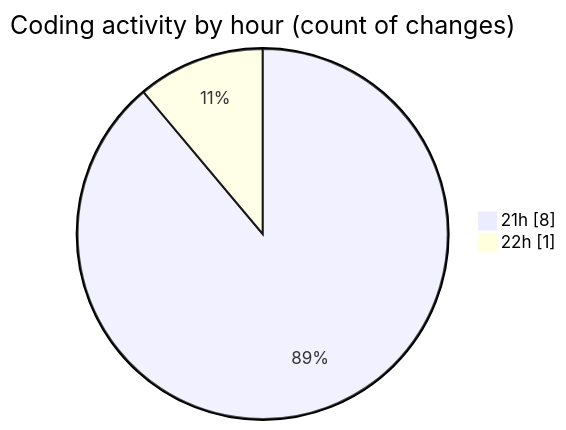
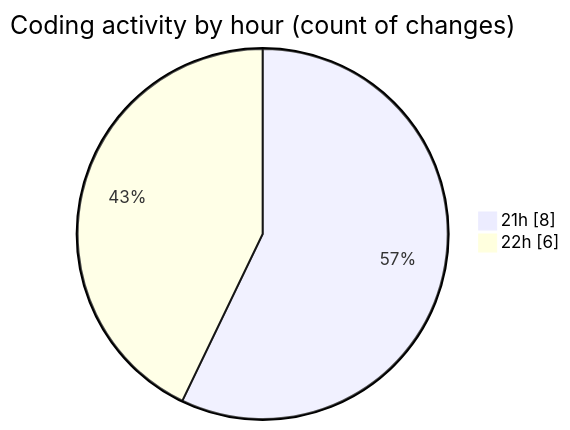
The second of 2 diagrams in 2025-08-18/reflect-mcp-bun/README.md (EIIisD/code-tracking), drawn with Mermaid before and after one commit. The commit also changed other lines of this file and 1 other file, not shown here.

````diff
--- a/2025-08-18/reflect-mcp-bun/README.md
+++ b/2025-08-18/reflect-mcp-bun/README.md
@@ -32,6 +32,6 @@
 ```mermaid
 pie showData
 title Coding activity by hour (count of changes)
 "21h" : 8
-"22h" : 1
+"22h" : 6
 ```
````
